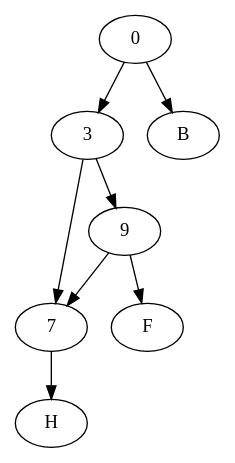
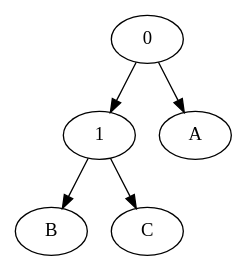
The diagram in Digraph.gv (KSjors/TriL2Net), drawn with Graphviz before and after one commit. The commit also changed 5 other files, not shown here.

```diff
--- a/Digraph.gv
+++ b/Digraph.gv
@@ -1,9 +1,6 @@
 digraph {
-	0 -> 3
-	0 -> B
-	3 -> 7
-	3 -> 9
-	7 -> H
-	9 -> 7
-	9 -> F
+	0 -> 1
+	0 -> A
+	1 -> B
+	1 -> C
 }
```
